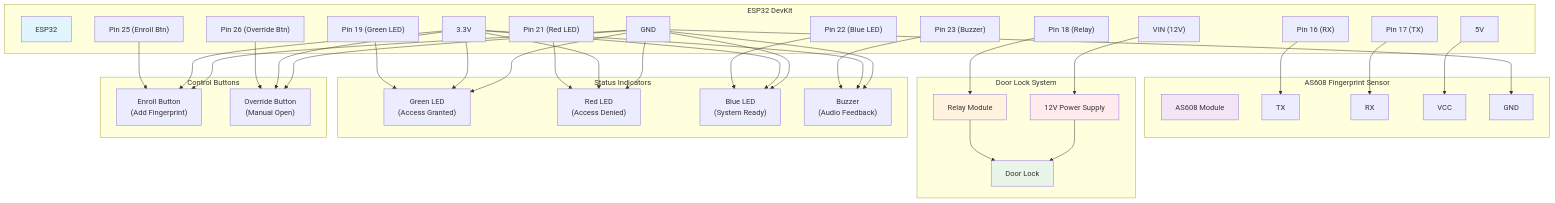
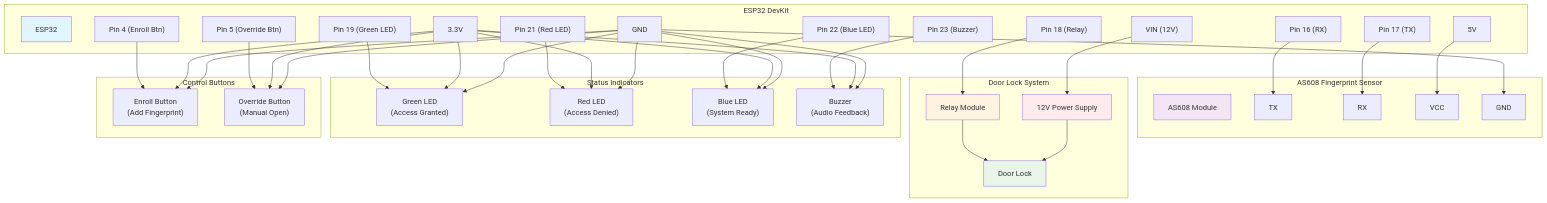
The diagram in ESP32_SETUP_GUIDE.md (pntgoswami18/gmgmt), drawn with Mermaid before and after one commit. The commit also changed other lines of this file and 1 other file, not shown here.

```diff
--- a/ESP32_SETUP_GUIDE.md
+++ b/ESP32_SETUP_GUIDE.md
@@ -101,8 +110,8 @@
         Pin21["Pin 21 (Red LED)"]
         Pin22["Pin 22 (Blue LED)"]
         Pin23["Pin 23 (Buzzer)"]
-        Pin25["Pin 25 (Enroll Btn)"]
-        Pin26["Pin 26 (Override Btn)"]
+        Pin4["Pin 4 (Enroll Btn)"]
+        Pin5["Pin 5 (Override Btn)"]
         VCC_5V["5V"]
         VCC_3V["3.3V"]
         GND["GND"]
@@ -156,8 +165,8 @@
     Pin23 --> Buzzer
 
     %% Button Connections
-    Pin25 --> EnrollBtn
-    Pin26 --> OverrideBtn
+    Pin4 --> EnrollBtn
+    Pin5 --> OverrideBtn
 
     %% Power Distribution
     VCC_3V --> GreenLED
```
